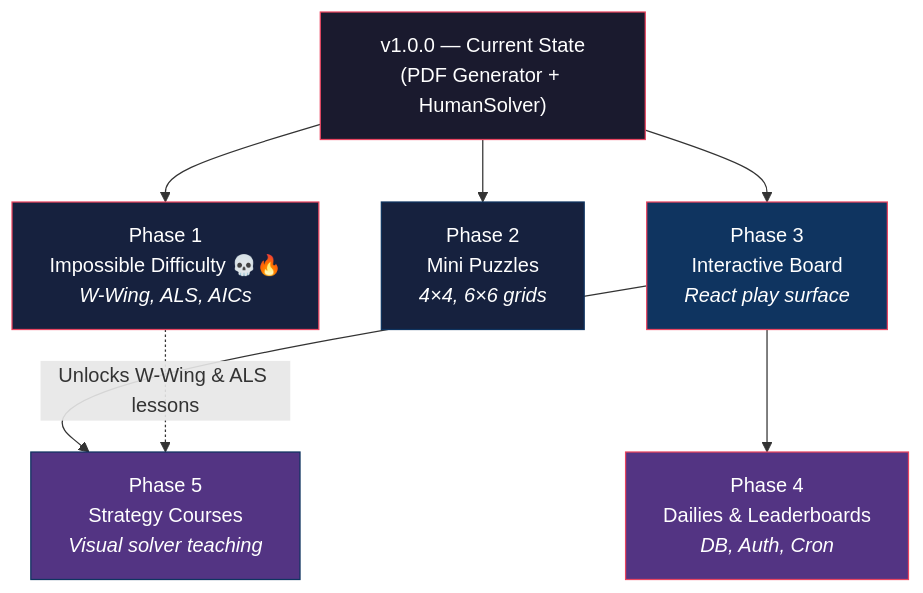
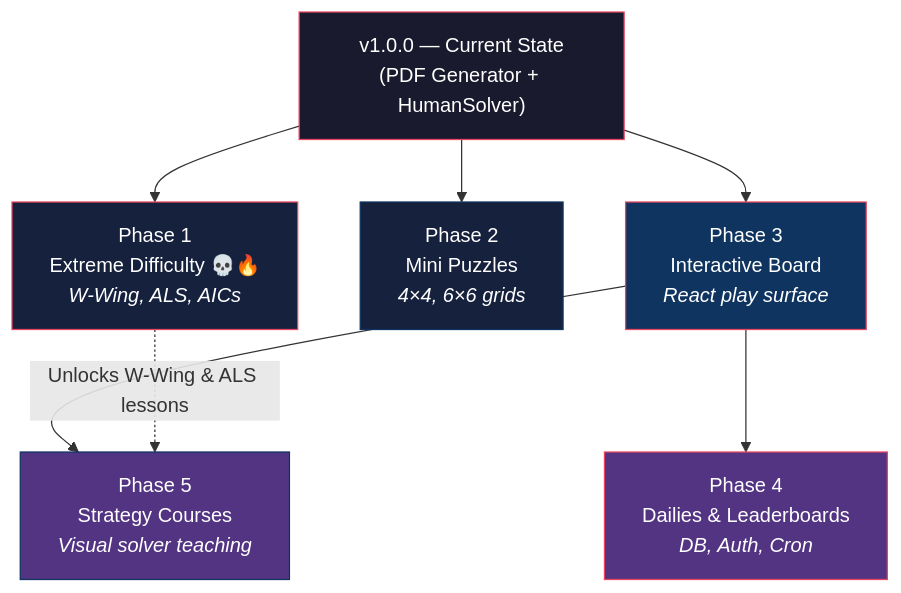
Before and after one commit to zfert99/Puzzle-Generator: the fourth of 4 diagrams in Docs/roadmap.md, drawn with Mermaid. The commit also changed other lines of this file and 1 other file, not shown here.

Commit message:
docs: rename Impossible to Extreme, fix roadmap lint errors and broken links

````diff
--- a/Docs/roadmap.md
+++ b/Docs/roadmap.md
@@ -335,24 +356,24 @@
 ```mermaid
 graph TD
     V1["v1.0.0 — Current State<br/>(PDF Generator + HumanSolver)"]
 
-    P1["Phase 1<br/>Impossible Difficulty 💀🔥<br/><i>W-Wing, ALS, AICs</i>"]
+    P1["Phase 1<br/>Extreme Difficulty 💀🔥<br/><i>W-Wing, ALS, AICs</i>"]
     P2["Phase 2<br/>Mini Puzzles<br/><i>4×4, 6×6 grids</i>"]
     P3["Phase 3<br/>Interactive Board<br/><i>React play surface</i>"]
     P4["Phase 4<br/>Dailies & Leaderboards<br/><i>DB, Auth, Cron</i>"]
     P5["Phase 5<br/>Strategy Courses<br/><i>Visual solver teaching</i>"]
 
     V1 --> P1
     V1 --> P2
     V1 --> P3
     P3 --> P4
     P3 --> P5
     P1 -.->|"Unlocks W-Wing & ALS lessons"| P5
 
     style V1 fill:#1a1a2e,stroke:#e94560,color:#fff
     style P1 fill:#16213e,stroke:#e94560,color:#fff
     style P2 fill:#16213e,stroke:#0f3460,color:#fff
     style P3 fill:#0f3460,stroke:#e94560,color:#fff
     style P4 fill:#533483,stroke:#e94560,color:#fff
     style P5 fill:#533483,stroke:#0f3460,color:#fff
 ```
````
